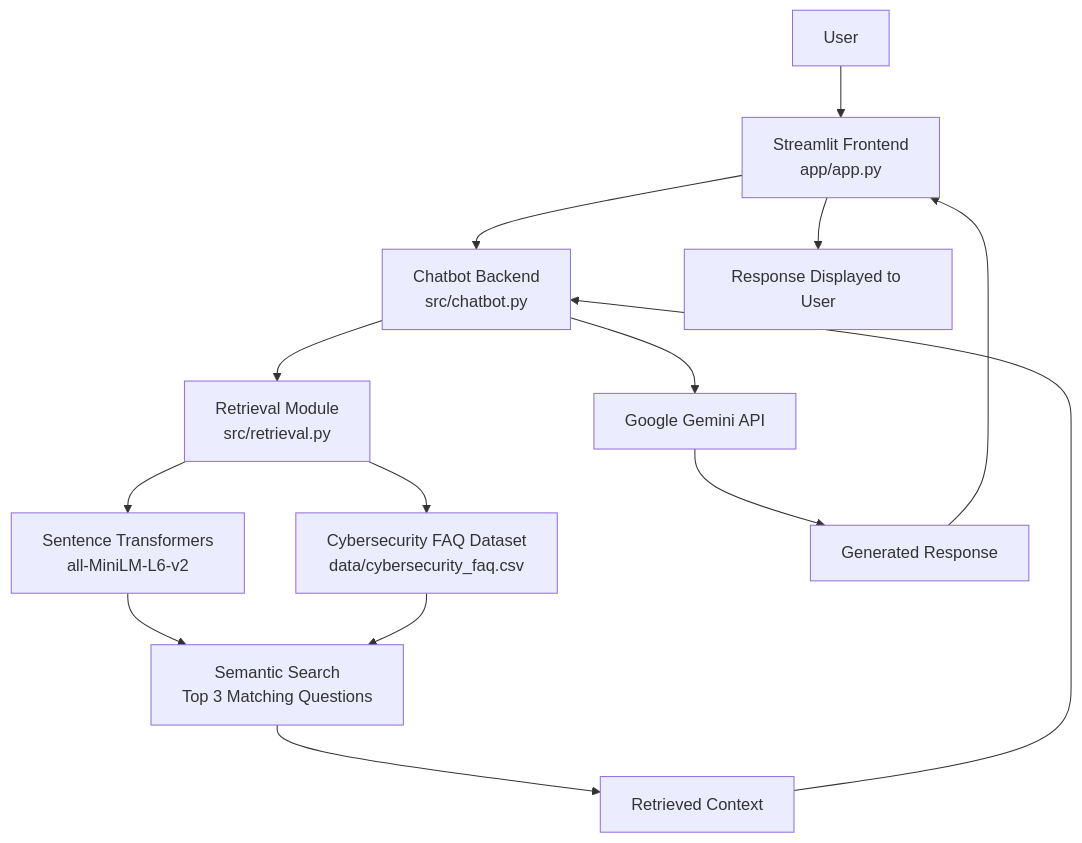
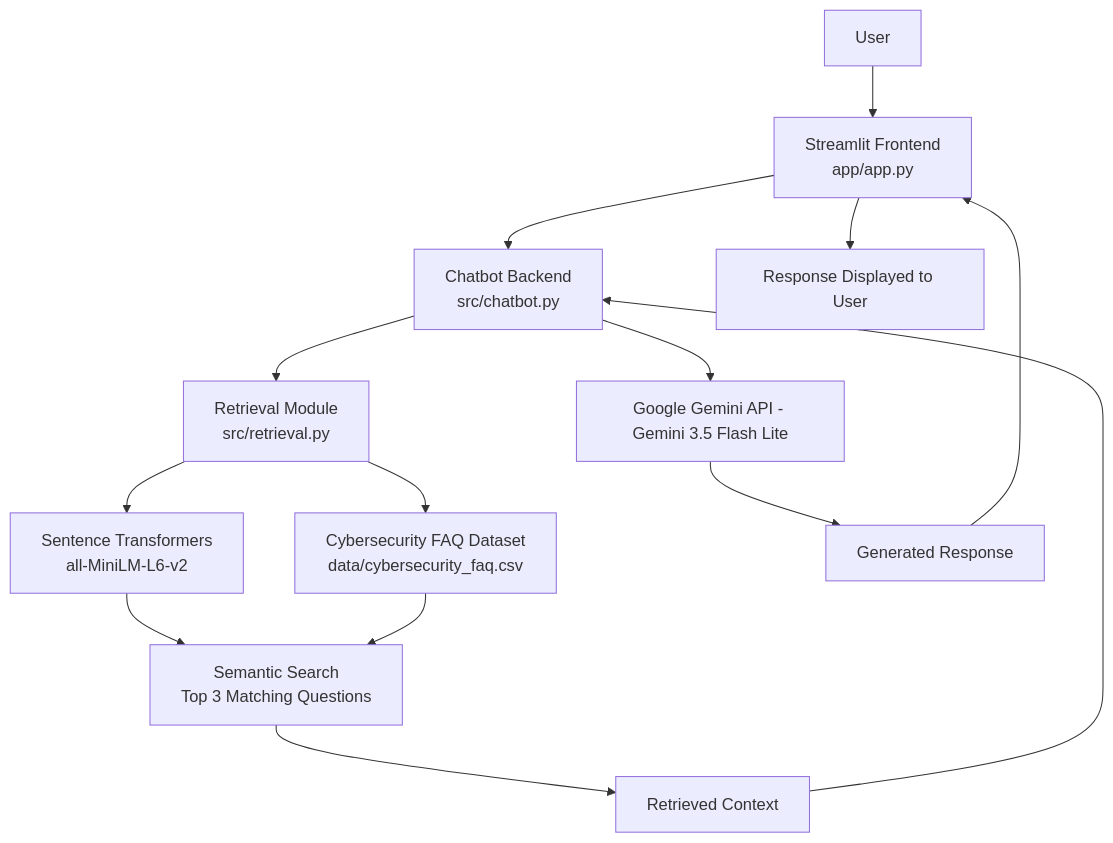
The diagram in docs/architecture-diagram.md (nurain29/Cybersecurity-Awareness-Assistant), drawn with Mermaid before and after one commit. The commit also changed 1 other file, not shown here.

Commit message:
Update system architecture documentation

````diff
--- a/docs/architecture-diagram.md
+++ b/docs/architecture-diagram.md
@@ -4,19 +4,19 @@
 ```mermaid
 flowchart TD
     A[User] --> B[Streamlit Frontend<br/>app/app.py]
     B --> C[Chatbot Backend<br/>src/chatbot.py]
     C --> D[Retrieval Module<br/>src/retrieval.py]
 
     D --> E[Cybersecurity FAQ Dataset<br/>data/cybersecurity_faq.csv]
     D --> F[Sentence Transformers<br/>all-MiniLM-L6-v2]
     F --> G[Semantic Search<br/>Top 3 Matching Questions]
 
     E --> G
     G --> H[Retrieved Context]
     H --> C
 
-    C --> I[Google Gemini API]
+    C --> I[Google Gemini API - Gemini 3.5 Flash Lite]
     I --> J[Generated Response]
     J --> B
     B --> K[Response Displayed to User]
 ```
````
